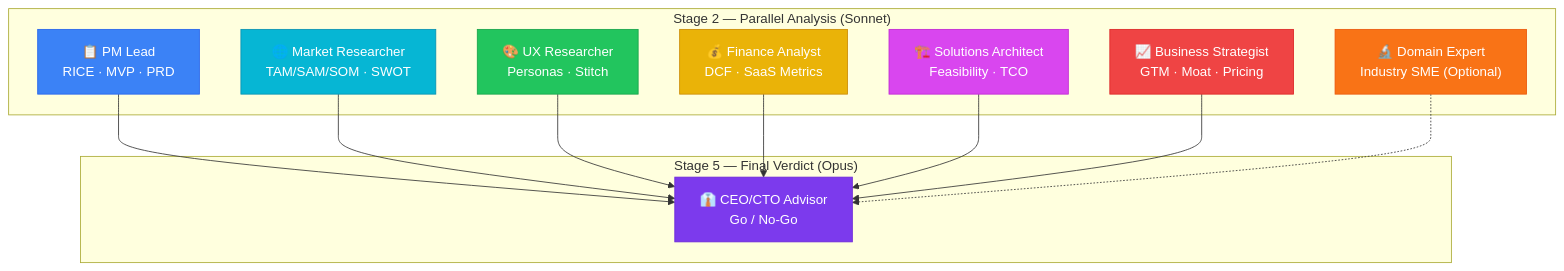
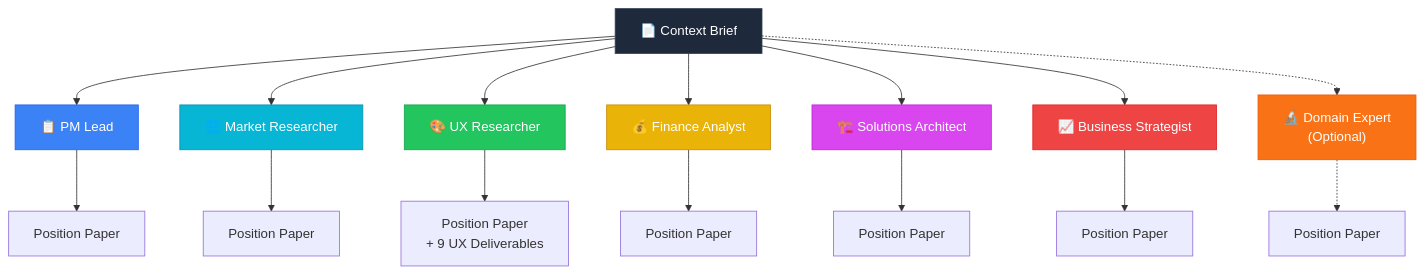
Before and after one commit to ebnrdwan/GangPlugin: the second of 3 diagrams in README.md, drawn with Mermaid. The commit also changed other lines of this file, not shown here.

````diff
--- a/README.md
+++ b/README.md
@@ -103,33 +180,27 @@
 ```mermaid
 graph TB
-    subgraph "Stage 2 — Parallel Analysis (Sonnet)"
-        PM["📋 PM Lead<br/>RICE · MVP · PRD"]
-        MR["🌐 Market Researcher<br/>TAM/SAM/SOM · SWOT"]
-        UX["🎨 UX Researcher<br/>Personas · Stitch"]
-        FA["💰 Finance Analyst<br/>DCF · SaaS Metrics"]
-        SA["🏗️ Solutions Architect<br/>Feasibility · TCO"]
-        BS["📈 Business Strategist<br/>GTM · Moat · Pricing"]
-        DE["🔬 Domain Expert<br/>Industry SME (Optional)"]
-    end
+    CB["📄 Context Brief"] --> PM["📋 PM Lead"]
+    CB --> MR["🌐 Market Researcher"]
+    CB --> UX["🎨 UX Researcher"]
+    CB --> FA["💰 Finance Analyst"]
+    CB --> SA["🏗️ Solutions Architect"]
+    CB --> BS["📈 Business Strategist"]
+    CB -.-> DE["🔬 Domain Expert<br/>(Optional)"]
 
-    subgraph "Stage 5 — Final Verdict (Opus)"
-        CEO["👔 CEO/CTO Advisor<br/>Go / No-Go"]
-    end
+    PM --> PP1["Position Paper"]
+    MR --> PP2["Position Paper"]
+    UX --> PP3["Position Paper<br/>+ 9 UX Deliverables"]
+    FA --> PP4["Position Paper"]
+    SA --> PP5["Position Paper"]
+    BS --> PP6["Position Paper"]
+    DE -.-> PP7["Position Paper"]
 
-    PM --> CEO
-    MR --> CEO
-    UX --> CEO
-    FA --> CEO
-    SA --> CEO
-    BS --> CEO
-    DE -.-> CEO
-
+    style CB fill:#1e293b,stroke:#334155,color:#fff
     style PM fill:#3b82f6,stroke:#2563eb,color:#fff
     style MR fill:#06b6d4,stroke:#0891b2,color:#fff
     style UX fill:#22c55e,stroke:#16a34a,color:#fff
     style FA fill:#eab308,stroke:#ca8a04,color:#fff
     style SA fill:#d946ef,stroke:#c026d3,color:#fff
     style BS fill:#ef4444,stroke:#dc2626,color:#fff
     style DE fill:#f97316,stroke:#ea580c,color:#fff
-    style CEO fill:#7c3aed,stroke:#6d28d9,color:#fff
 ```
````
